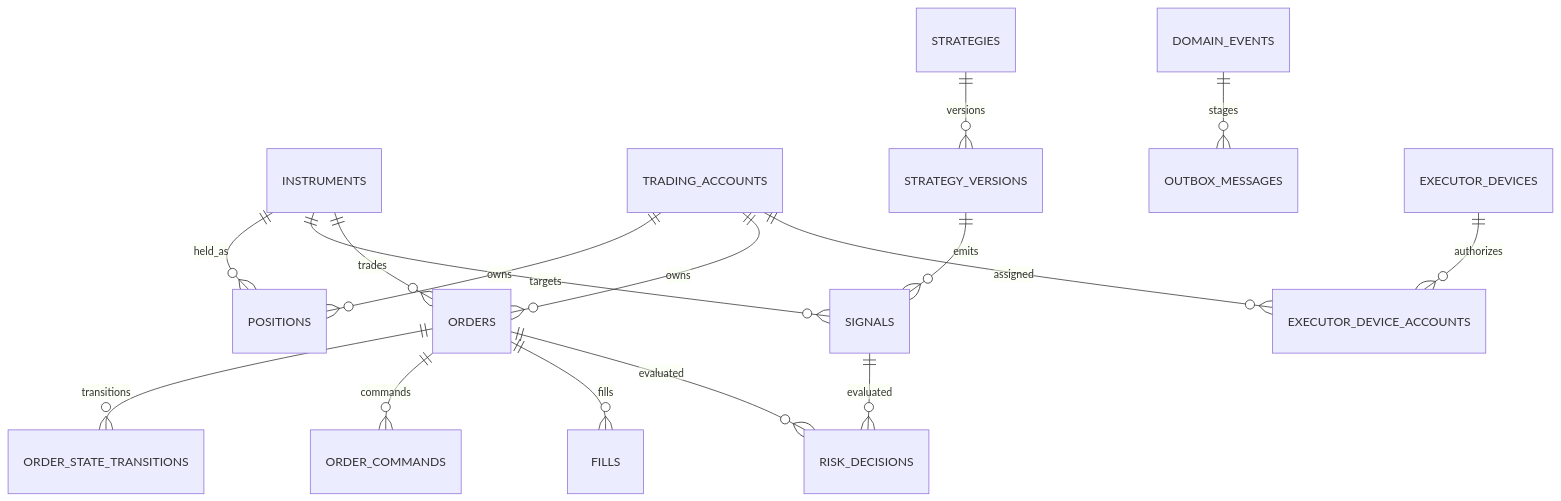
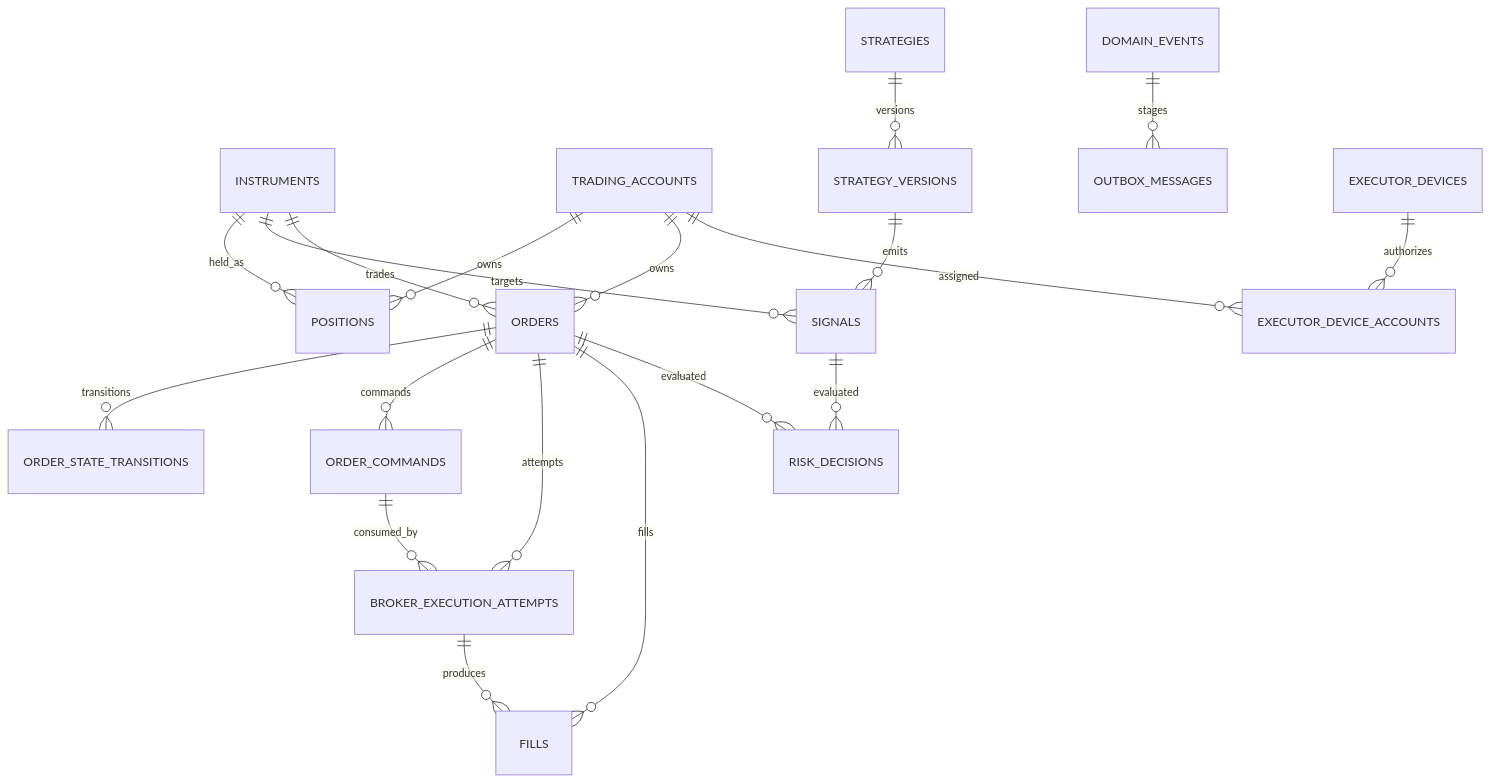
One commit to emilchen96-ops/AlphaBeta changed the second of 2 diagrams in docs/database_schema.md. Above: the diagram before and after it, drawn with Mermaid. The commit also changed other lines of this file and 44 other files, not shown here.

````diff
--- a/docs/database_schema.md
+++ b/docs/database_schema.md
@@ -82,18 +88,21 @@
 ```mermaid
 erDiagram
   INSTRUMENTS ||--o{ POSITIONS : held_as
   TRADING_ACCOUNTS ||--o{ POSITIONS : owns
   STRATEGIES ||--o{ STRATEGY_VERSIONS : versions
   STRATEGY_VERSIONS ||--o{ SIGNALS : emits
   INSTRUMENTS ||--o{ SIGNALS : targets
   TRADING_ACCOUNTS ||--o{ ORDERS : owns
   INSTRUMENTS ||--o{ ORDERS : trades
   ORDERS ||--o{ ORDER_STATE_TRANSITIONS : transitions
   ORDERS ||--o{ ORDER_COMMANDS : commands
+  ORDERS ||--o{ BROKER_EXECUTION_ATTEMPTS : attempts
+  ORDER_COMMANDS ||--o{ BROKER_EXECUTION_ATTEMPTS : consumed_by
+  BROKER_EXECUTION_ATTEMPTS ||--o{ FILLS : produces
   ORDERS ||--o{ FILLS : fills
   SIGNALS ||--o{ RISK_DECISIONS : evaluated
   ORDERS ||--o{ RISK_DECISIONS : evaluated
   DOMAIN_EVENTS ||--o{ OUTBOX_MESSAGES : stages
   EXECUTOR_DEVICES ||--o{ EXECUTOR_DEVICE_ACCOUNTS : authorizes
   TRADING_ACCOUNTS ||--o{ EXECUTOR_DEVICE_ACCOUNTS : assigned
 ```
````
